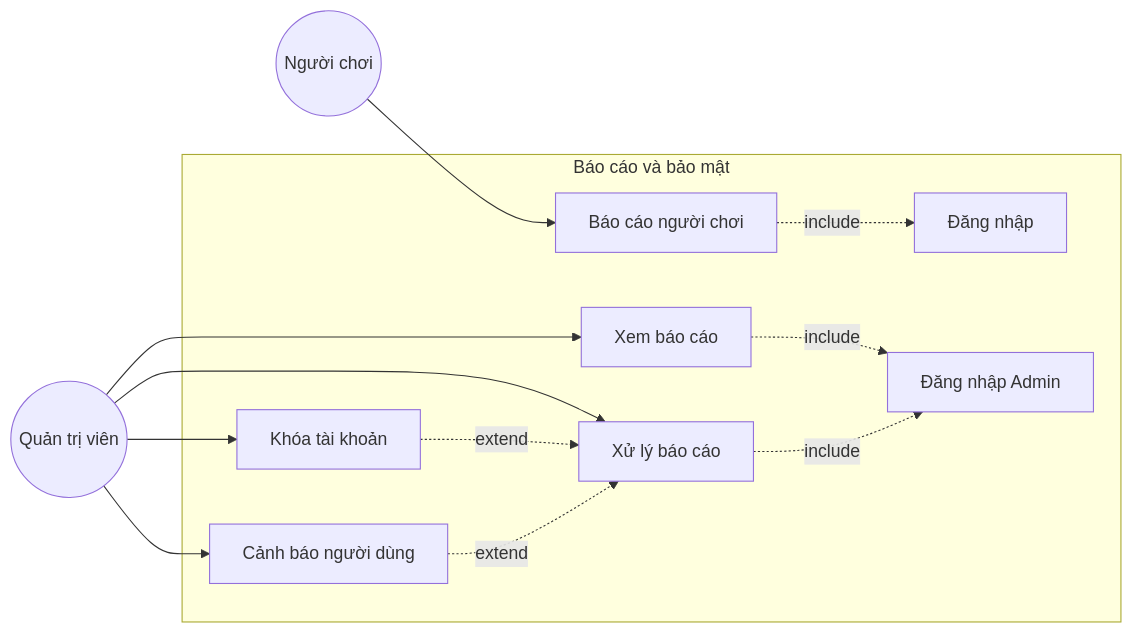
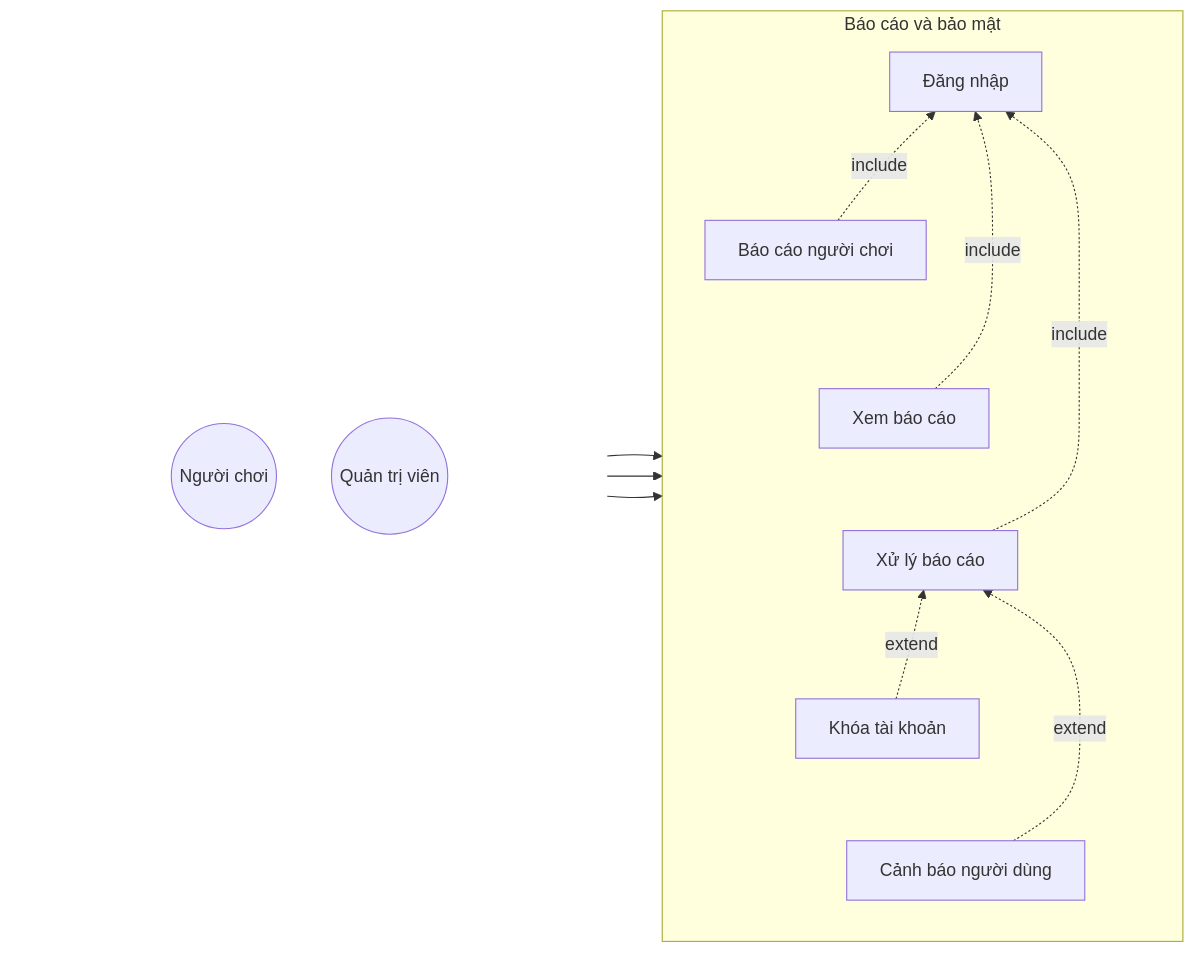
One commit to HuyHoang091/creature-chess changed the ninth of 30 diagrams in docs/3.2-PHAN-TICH-THIET-KE-HE-THONG.md. Above: the diagram before and after it, drawn with Mermaid. The commit also changed other lines of this file and 1 other file, not shown here.

````diff
--- a/docs/3.2-PHAN-TICH-THIET-KE-HE-THONG.md
+++ b/docs/3.2-PHAN-TICH-THIET-KE-HE-THONG.md
@@ -405,27 +399,42 @@
 ```mermaid
 graph LR
-    Player((Người chơi))
-    Admin((Quản trị viên))
+    subgraph Actors[" "]
+        direction TB
+        PTop[" "]
+        Player((Người chơi))
+        Admin((Quản trị viên))
+        PBottom[" "]
+    end
 
-    subgraph "Báo cáo và bảo mật"
+    subgraph ReportSecurity["Báo cáo và bảo mật"]
+        direction TB
+
+        UC6[Đăng nhập]
         UC1[Báo cáo người chơi]
         UC2[Xem báo cáo]
         UC3[Xử lý báo cáo]
         UC4[Khóa tài khoản]
         UC5[Cảnh báo người dùng]
-        UC6[Đăng nhập]
-        UC7[Đăng nhập Admin]
+
+        UC6 ~~~ UC1
+        UC1 ~~~ UC2
+        UC2 ~~~ UC3
+        UC3 ~~~ UC4
+        UC4 ~~~ UC5
     end
 
     Player --> UC1
     Admin --> UC2
     Admin --> UC3
-    Admin --> UC4
-    Admin --> UC5
 
-    UC1 -.include.-> UC6
-    UC2 -.include.-> UC7
-    UC3 -.include.-> UC7
-    UC4 -.extend.-> UC3
-    UC5 -.extend.-> UC3
+    UC1 -.->|include| UC6
+    UC2 -.->|include| UC6
+    UC3 -.->|include| UC6
+
+    UC4 -.->|extend| UC3
+    UC5 -.->|extend| UC3
+
+    style Actors fill:transparent,stroke:transparent
+    style PTop fill:transparent,stroke:transparent,color:transparent
+    style PBottom fill:transparent,stroke:transparent,color:transparent
 ```
````
